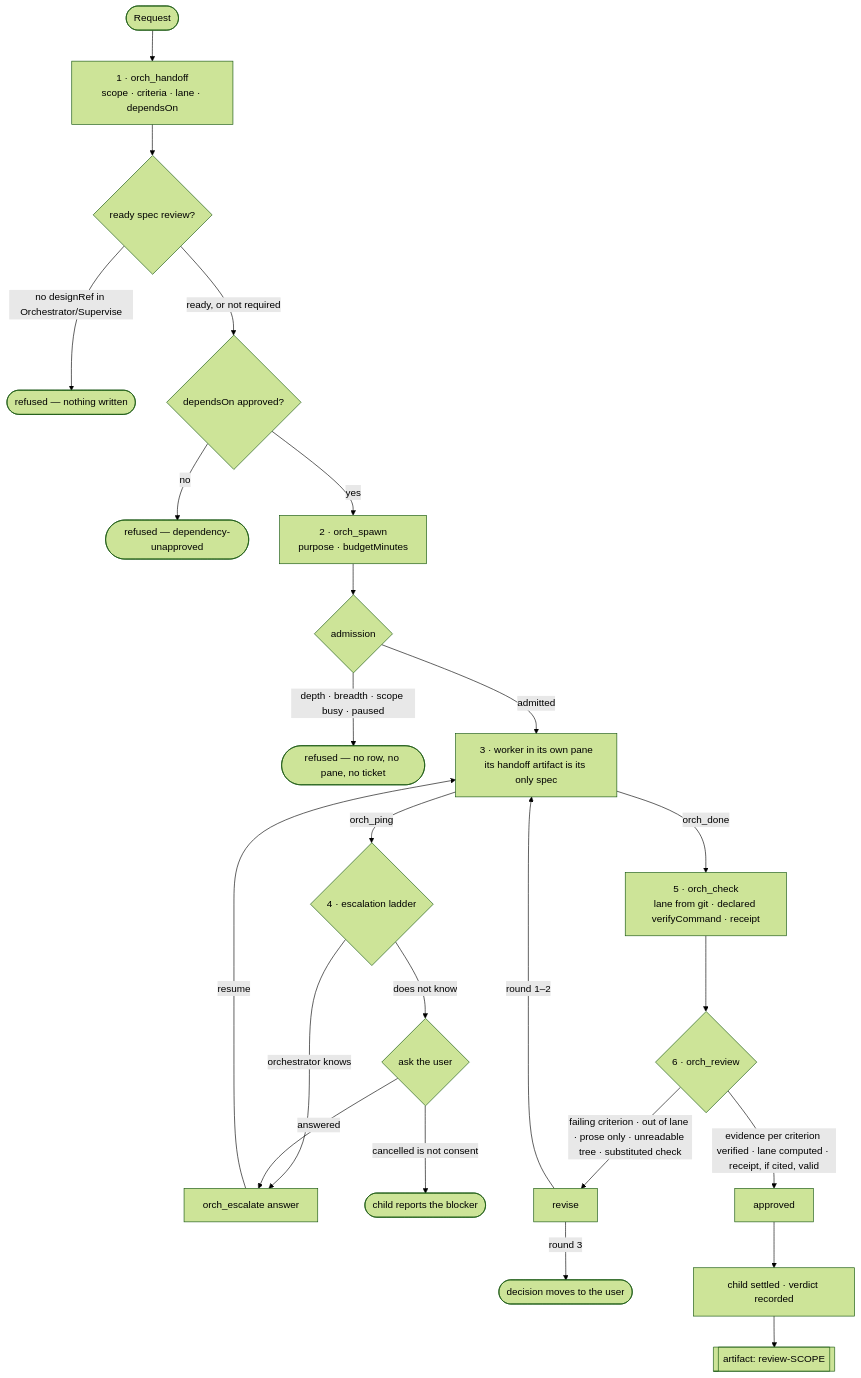
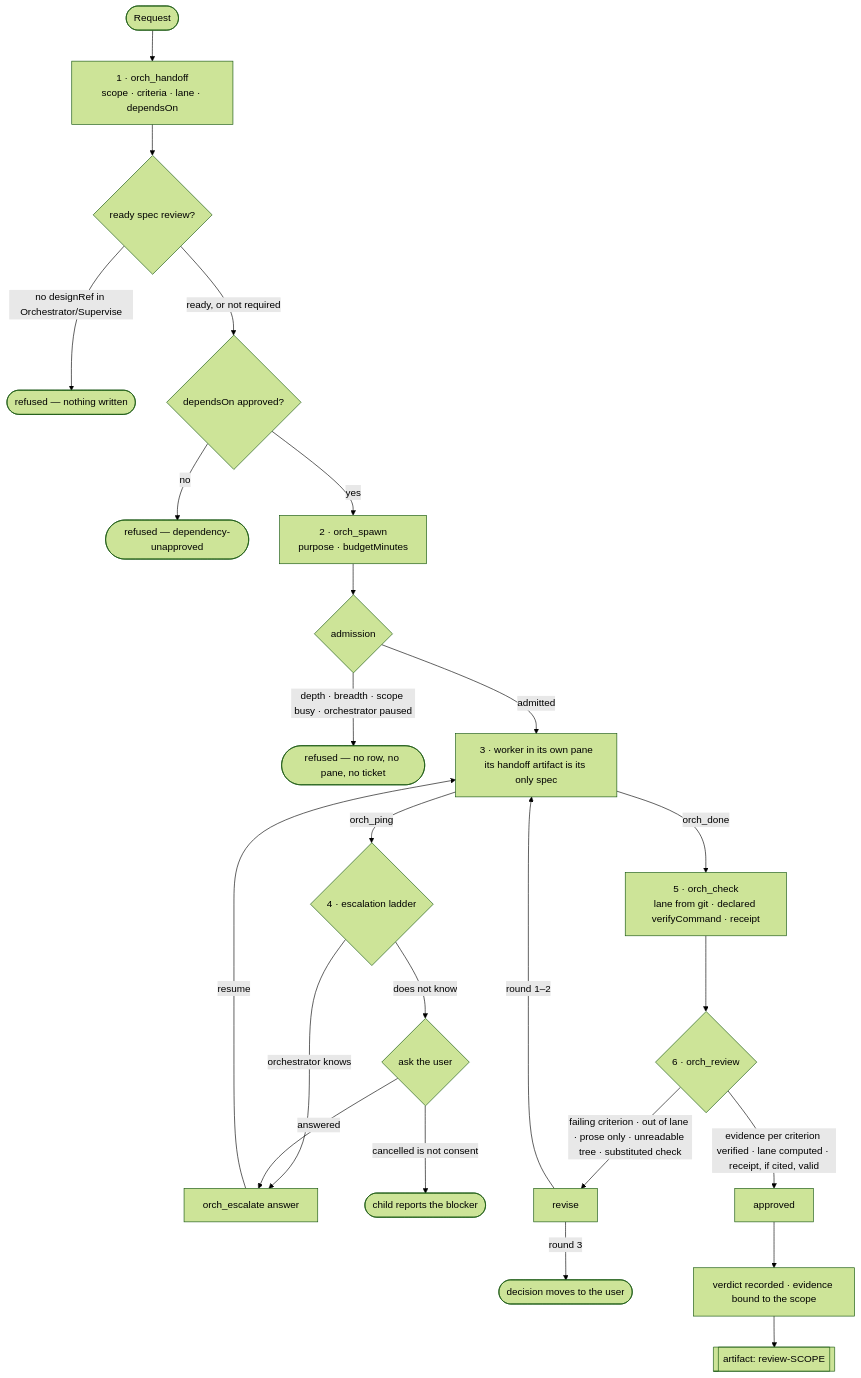
Before and after one commit to 0xfzz/my-pi-setup: the first of 3 diagrams in docs/orchestrator.md, drawn with Mermaid (forest theme). The commit also changed other lines of this file, not shown here.

First line of the commit message:
docs(orchestrator): correct the lifecycle and review diagrams

````diff
--- a/docs/orchestrator.md
+++ b/docs/orchestrator.md
@@ -53,26 +53,26 @@
 ```mermaid
 flowchart TD
     req(["Request"]) --> author["1 · orch_handoff<br/>scope · criteria · lane · dependsOn"]
     author --> design{"ready spec review?"}
     design -->|"no designRef in Orchestrator/Supervise"| refuseA(["refused — nothing written"])
     design -->|"ready, or not required"| deps{"dependsOn approved?"}
     deps -->|"no"| refuseB(["refused — dependency-unapproved"])
     deps -->|"yes"| spawn["2 · orch_spawn<br/>purpose · budgetMinutes"]
     spawn --> admit{"admission"}
-    admit -->|"depth · breadth · scope busy · paused"| refuseC(["refused — no row, no pane, no ticket"])
+    admit -->|"depth · breadth · scope busy · orchestrator paused"| refuseC(["refused — no row, no pane, no ticket"])
     admit -->|"admitted"| work["3 · worker in its own pane<br/>its handoff artifact is its only spec"]
     work -->|"orch_ping"| ladder{"4 · escalation ladder"}
     ladder -->|"orchestrator knows"| answer["orch_escalate answer"]
     ladder -->|"does not know"| user{"ask the user"}
     user -->|"answered"| answer
     user -->|"cancelled is not consent"| blocker(["child reports the blocker"])
     answer -->|"resume"| work
     work -->|"orch_done"| check["5 · orch_check<br/>lane from git · declared verifyCommand · receipt"]
     check --> review{"6 · orch_review"}
     review -->|"failing criterion · out of lane · prose only · unreadable tree · substituted check"| revise["revise"]
     revise -->|"round 1–2"| work
     revise -->|"round 3"| handOver(["decision moves to the user"])
     review -->|"evidence per criterion verified · lane computed · receipt, if cited, valid"| approve["approved"]
-    approve --> settle["child settled · verdict recorded"]
+    approve --> settle["verdict recorded · evidence bound to the scope"]
     settle --> record[["artifact: review-SCOPE"]]
 ```
````
